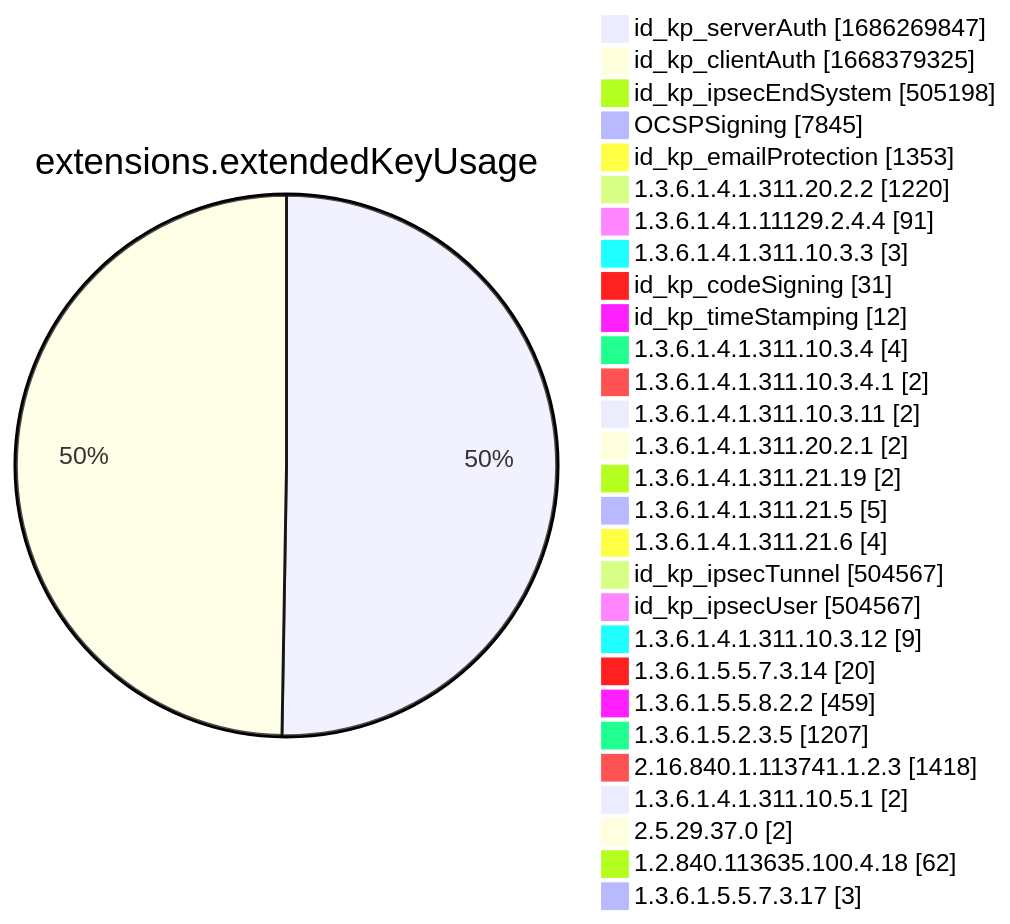
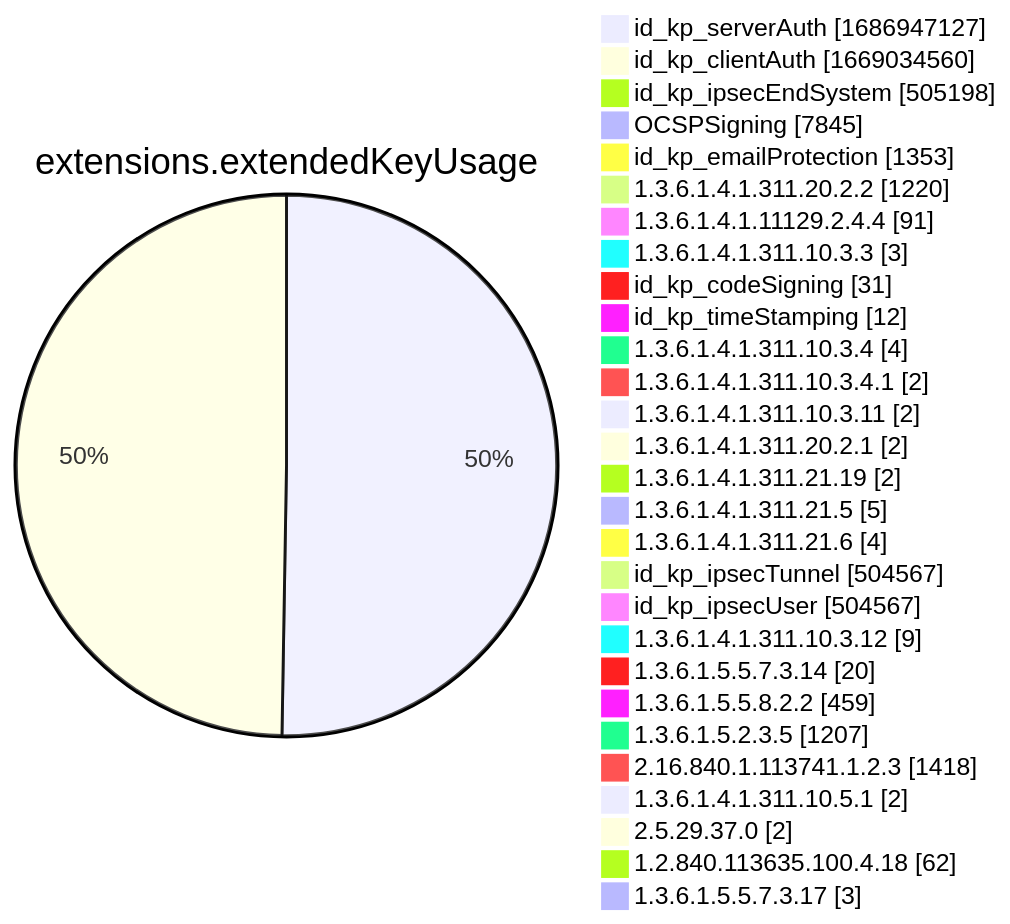
Diagram 12 of 15 in xenon2022/README.md (christiankrug/ctmonitor_visualization), drawn with Mermaid before and after one commit. The commit also changed other lines of this file, not shown here.

````diff
--- a/xenon2022/README.md
+++ b/xenon2022/README.md
@@ -3888,32 +3888,32 @@
 ```mermaid
 pie showData
 title extensions.extendedKeyUsage
-"id_kp_serverAuth" :1686269847
-"id_kp_clientAuth" :1668379325
+"id_kp_serverAuth" :1686947127
+"id_kp_clientAuth" :1669034560
 "id_kp_ipsecEndSystem" :505198
 "OCSPSigning" :7845
 "id_kp_emailProtection" :1353
 "1.3.6.1.4.1.311.20.2.2" :1220
 "1.3.6.1.4.1.11129.2.4.4" :91
 "1.3.6.1.4.1.311.10.3.3" :3
 "id_kp_codeSigning" :31
 "id_kp_timeStamping" :12
 "1.3.6.1.4.1.311.10.3.4" :4
 "1.3.6.1.4.1.311.10.3.4.1" :2
 "1.3.6.1.4.1.311.10.3.11" :2
 "1.3.6.1.4.1.311.20.2.1" :2
 "1.3.6.1.4.1.311.21.19" :2
 "1.3.6.1.4.1.311.21.5" :5
 "1.3.6.1.4.1.311.21.6" :4
 "id_kp_ipsecTunnel" :504567
 "id_kp_ipsecUser" :504567
 "1.3.6.1.4.1.311.10.3.12" :9
 "1.3.6.1.5.5.7.3.14" :20
 "1.3.6.1.5.5.8.2.2" :459
 "1.3.6.1.5.2.3.5" :1207
 "2.16.840.1.113741.1.2.3" :1418
 "1.3.6.1.4.1.311.10.5.1" :2
 "2.5.29.37.0" :2
 "1.2.840.113635.100.4.18" :62
 "1.3.6.1.5.5.7.3.17" :3
 ```
````
